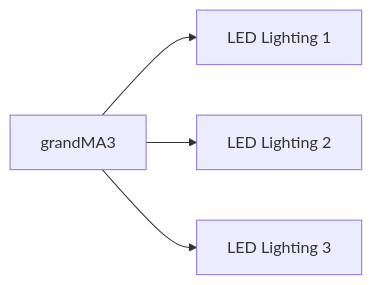
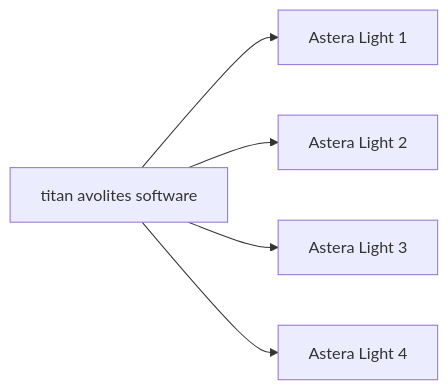
Before and after one commit to deniseten/EGL315: the fourth of 4 diagrams in README.md, drawn with Mermaid.

````diff
--- a/README.md
+++ b/README.md
@@ -29,7 +29,8 @@
 ```mermaid
 graph LR
 
-A[grandMA3] --> B[LED Lighting 1]
-A --> C[LED Lighting 2]
-A --> D[LED Lighting 3]
+A[titan avolites software] --> B[Astera Light 1]
+A --> C[Astera Light 2]
+A --> D[Astera Light 3]
+A --> E[Astera Light 4]
 ```
````
